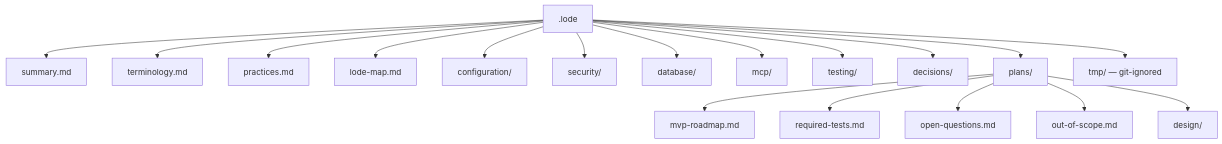
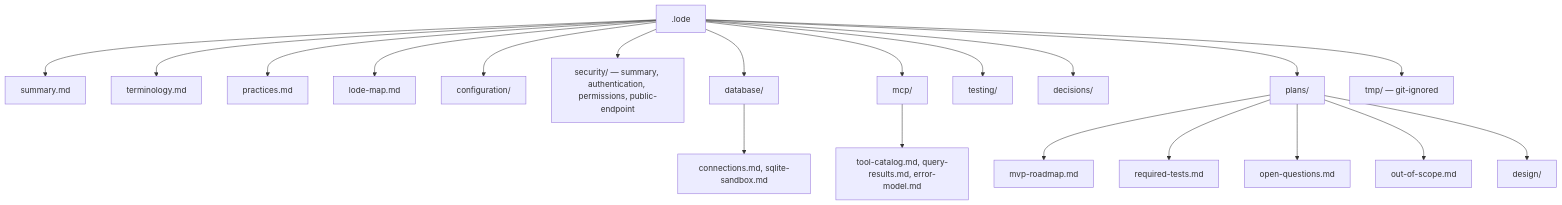
One commit to xakpc/sqlite-mcp-sidecar changed the diagram in .lode/lode-map.md. Above: the diagram before and after it, drawn with Mermaid. The commit also changed other lines of this file and 52 other files, not shown here.

````diff
--- a/.lode/lode-map.md
+++ b/.lode/lode-map.md
@@ -8,20 +8,22 @@
 ```mermaid
 flowchart TD
     root[.lode] --> s[summary.md]
     root --> t[terminology.md]
     root --> p[practices.md]
     root --> m[lode-map.md]
     root --> cfg[configuration/]
-    root --> sec[security/]
+    root --> sec[security/ — summary, authentication, permissions, public-endpoint]
     root --> dbd[database/]
     root --> mcpd[mcp/]
     root --> tst[testing/]
     root --> dec[decisions/]
     root --> plans[plans/]
     root --> tmp[tmp/ — git-ignored]
+    dbd --> dbs[connections.md, sqlite-sandbox.md]
+    mcpd --> mcps[tool-catalog.md, query-results.md, error-model.md]
     plans --> rm[mvp-roadmap.md]
     plans --> rt[required-tests.md]
     plans --> oq[open-questions.md]
     plans --> oos[out-of-scope.md]
     plans --> d[design/]
 ```
````
